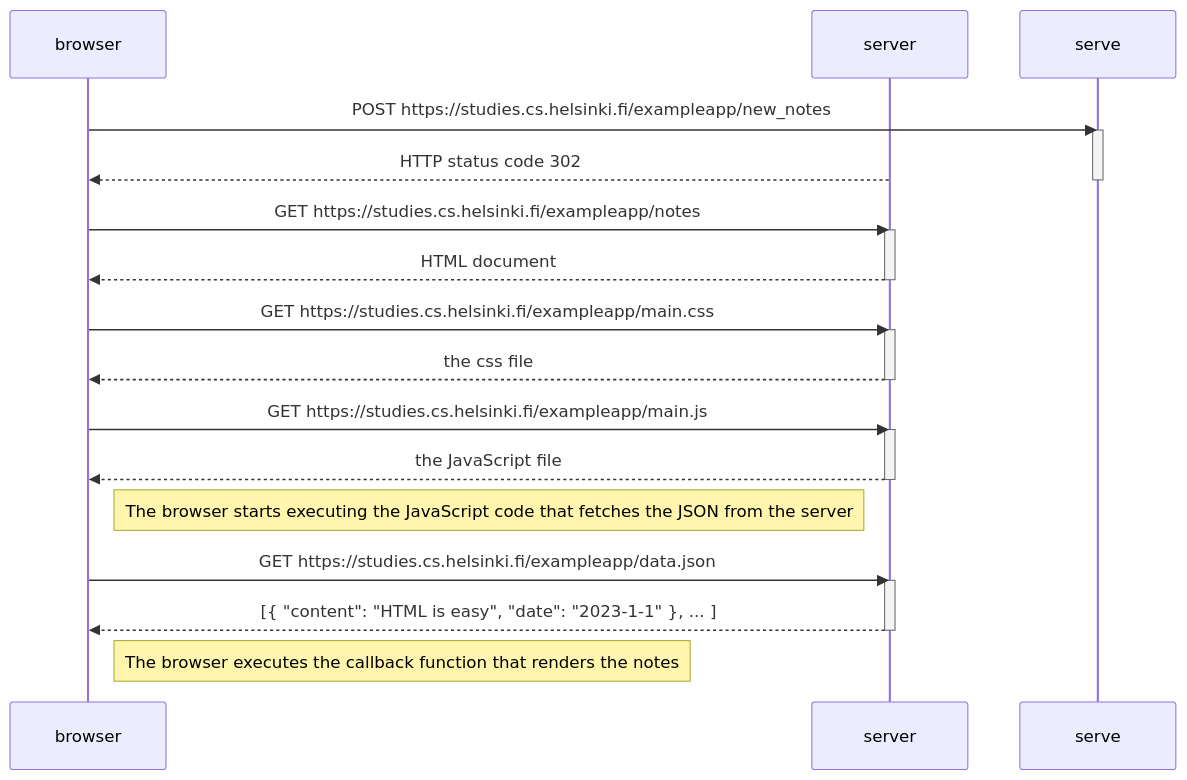
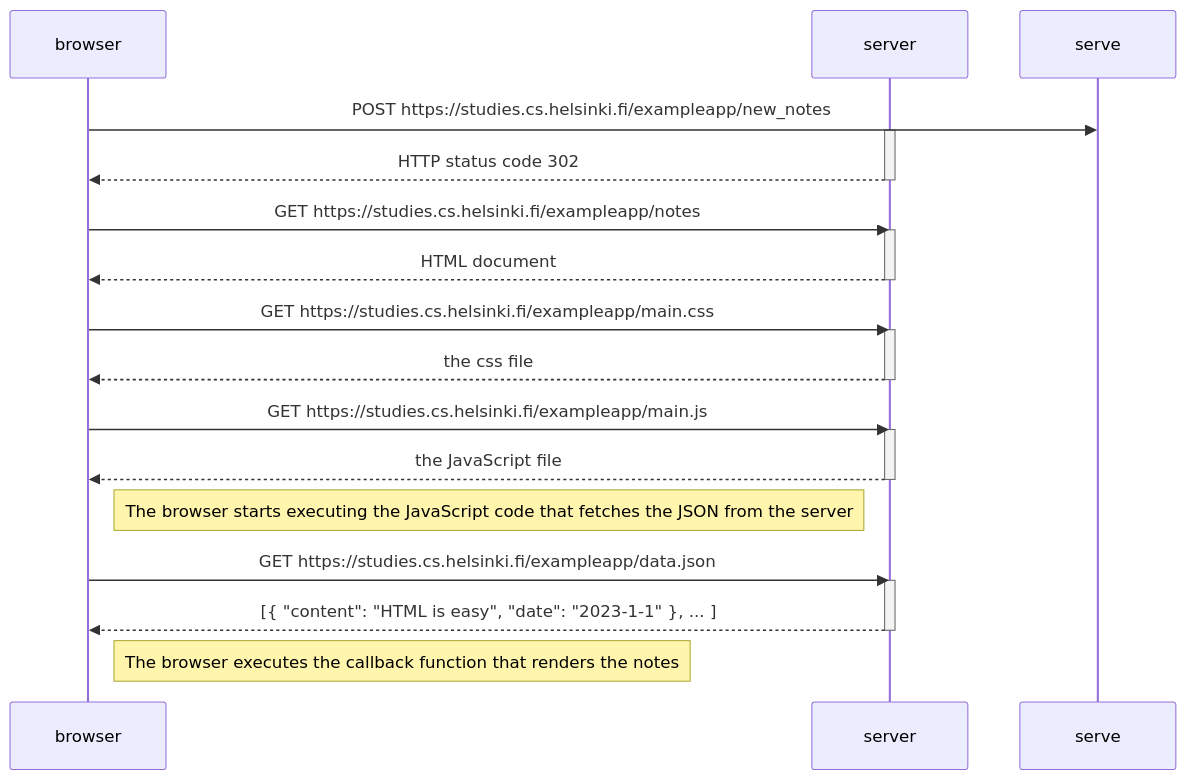
One commit to masacr3bot/fullstackopen changed the diagram in part 0/0.4-new-note-diagram.md. Above: the diagram before and after it, drawn with Mermaid.

````diff
--- a/part 0/0.4-new-note-diagram.md
+++ b/part 0/0.4-new-note-diagram.md
@@ -2,34 +2,34 @@
 ``` mermaid
 sequenceDiagram
     participant browser
     participant server
 
     browser->>serve: POST https://studies.cs.helsinki.fi/exampleapp/new_notes
-    activate serve
+    activate server
     server-->>browser: HTTP status code 302
-    deactivate serve
+    deactivate server
 
     browser->>server: GET https://studies.cs.helsinki.fi/exampleapp/notes
     activate server
     server-->>browser: HTML document
     deactivate server
 
     browser->>server: GET https://studies.cs.helsinki.fi/exampleapp/main.css
     activate server
     server-->>browser: the css file
     deactivate server
 
     browser->>server: GET https://studies.cs.helsinki.fi/exampleapp/main.js
     activate server
     server-->>browser: the JavaScript file
     deactivate server
 
     Note right of browser: The browser starts executing the JavaScript code that fetches the JSON from the server
 
     browser->>server: GET https://studies.cs.helsinki.fi/exampleapp/data.json
     activate server
     server-->>browser: [{ "content": "HTML is easy", "date": "2023-1-1" }, ... ]
     deactivate server
 
     Note right of browser: The browser executes the callback function that renders the notes
 ```
````
